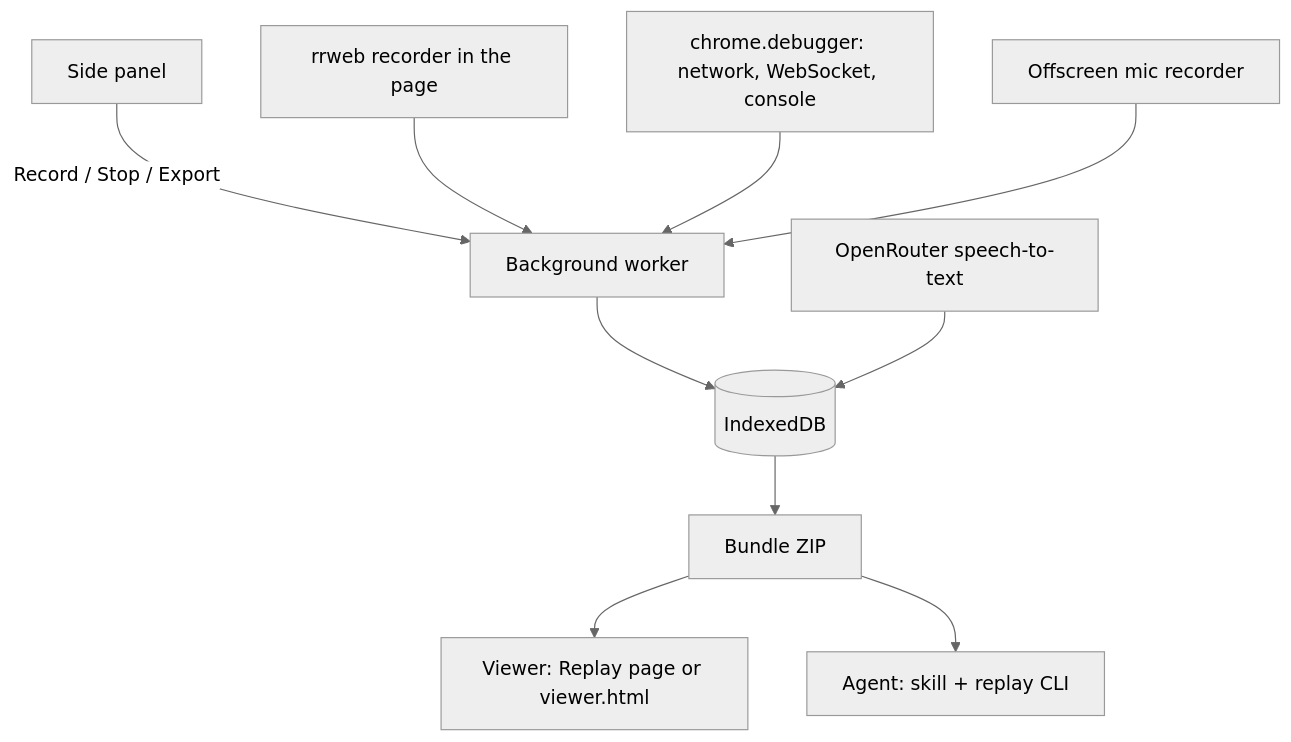
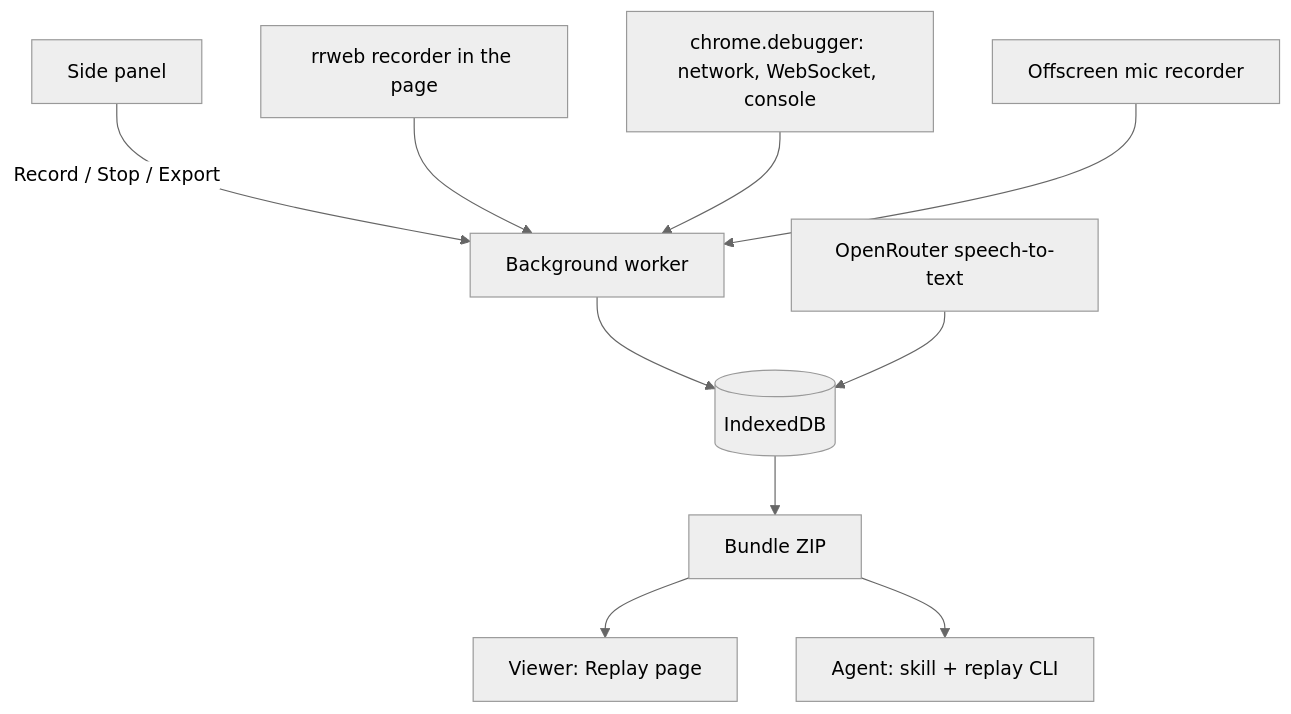
Before and after one commit to cyrillbrito/blook: the diagram in docs/architecture.md, drawn with Mermaid (neutral theme). The commit also changed other lines of this file and 13 other files, not shown here.

First line of the commit message:
Drop the standalone viewer.html

````diff
--- a/docs/architecture.md
+++ b/docs/architecture.md
@@ -5,12 +5,12 @@
 ```mermaid
 flowchart TD
   P["Side panel"] -->|"Record / Stop / Export"| BG["Background worker"]
   RR["rrweb recorder in the page"] --> BG
   CDP["chrome.debugger: network, WebSocket, console"] --> BG
   MIC["Offscreen mic recorder"] --> BG
   BG --> DB[("IndexedDB")]
   STT["OpenRouter speech-to-text"] --> DB
   DB --> ZIP["Bundle ZIP"]
-  ZIP --> V["Viewer: Replay page or viewer.html"]
+  ZIP --> V["Viewer: Replay page"]
   ZIP --> A["Agent: skill + replay CLI"]
 ```
````
